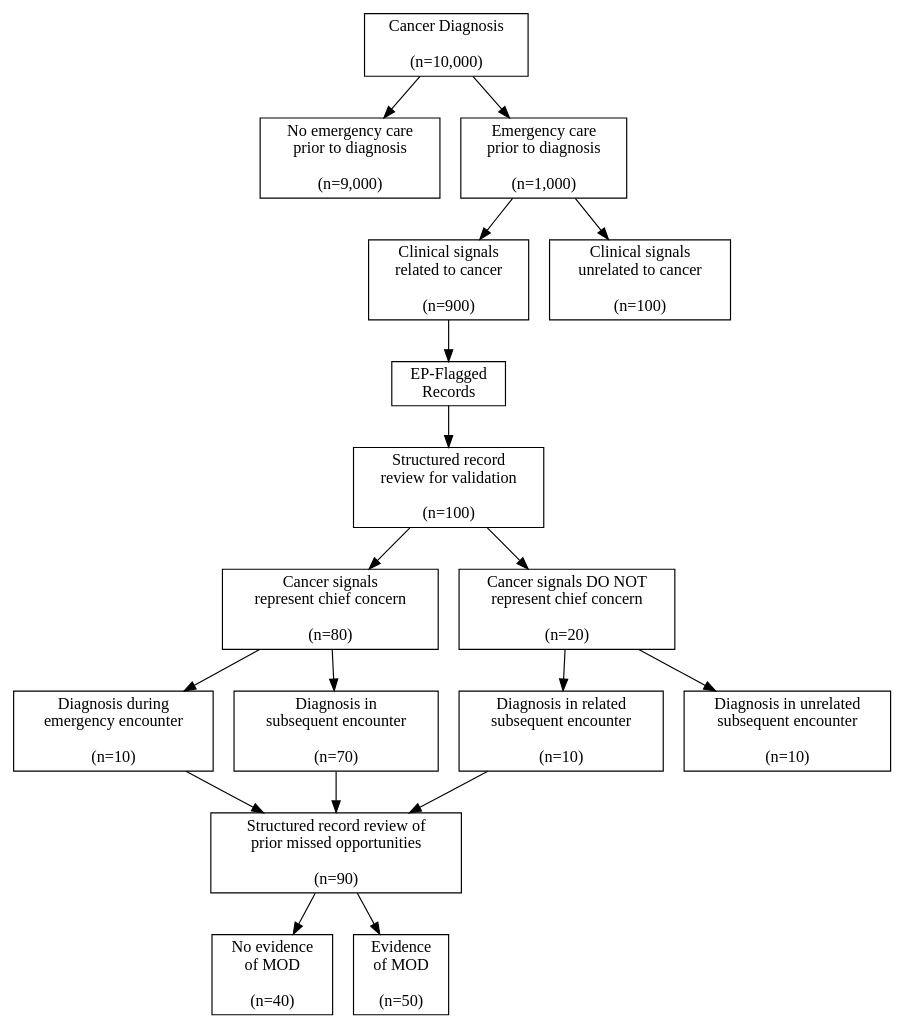
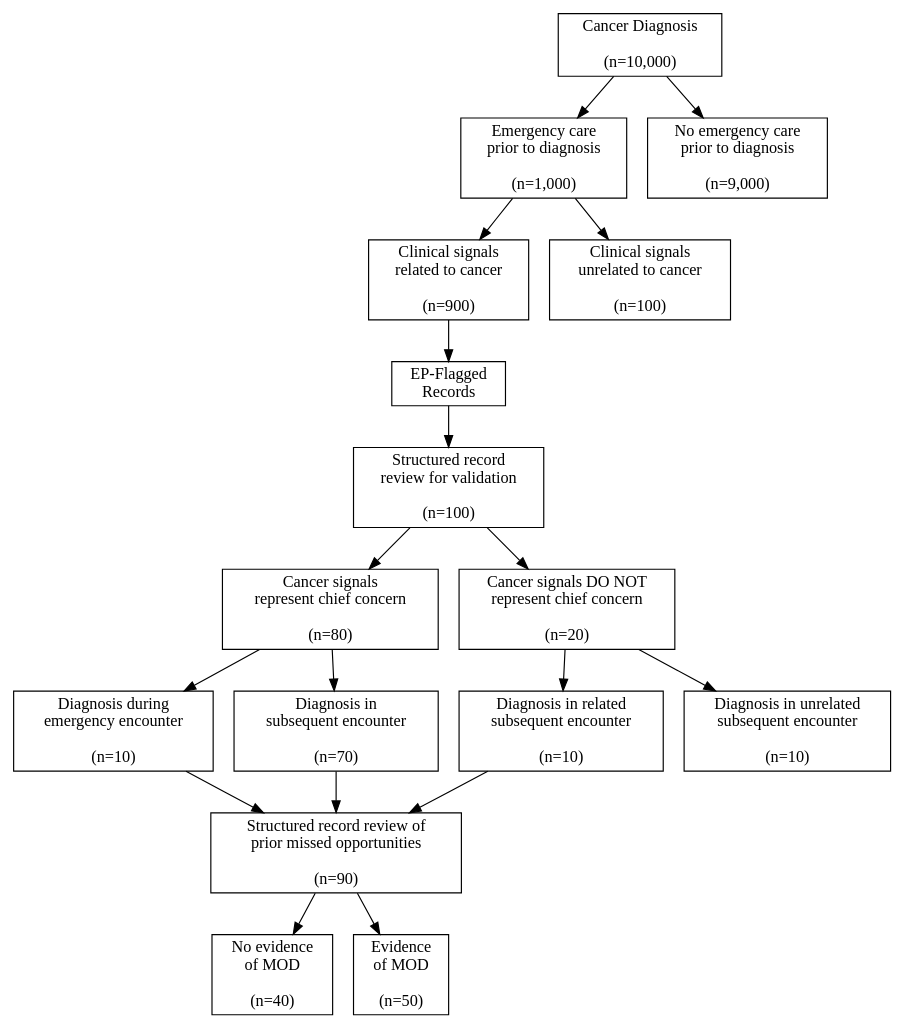
Before and after one commit to zimolzak/MooreMeasures: the diagram in consort.dot, drawn with Graphviz. The commit also changed other lines of this file, not shown here.

```diff
--- a/consort.dot
+++ b/consort.dot
@@ -1,48 +1,48 @@
 digraph{
 
 # Nodes
 
 cancer_dx[shape=rectangle, label="Cancer Diagnosis\n\n(n=10,000)"]
+emerg[shape=rectangle, label="Emergency care\nprior to diagnosis\n\n(n=1,000)"]
 no_emerg[shape=rectangle, label="No emergency care\nprior to diagnosis\n\n(n=9,000)"]
-emerg[shape=rectangle, label="Emergency care\nprior to diagnosis\n\n(n=1,000)"]
 signals_related[shape=rectangle, label="Clinical signals\nrelated to cancer\n\n(n=900)"]
 signals_unrelated[shape=rectangle, label="Clinical signals\nunrelated to cancer\n\n(n=100)"]
 
 Flagged[shape=rectangle, label="EP-Flagged\nRecords"]
 review_sample[shape=rectangle, label="Structured record\nreview for validation\n\n(n=100)"]
 chief_concern[shape=rectangle, label="Cancer signals\nrepresent chief concern\n\n(n=80)"]
 not_chief[shape=rectangle, label="Cancer signals DO NOT\nrepresent chief concern\n\n(n=20)"]
 
 dx_during_type1[shape=rectangle, label="Diagnosis during\nemergency encounter\n\n(n=10)"]
 dx_later_type2[shape=rectangle, label="Diagnosis in\nsubsequent encounter\n\n(n=70)"]
 dx_related_type3_incidental[shape=rectangle, label="Diagnosis in related\nsubsequent encounter\n\n(n=10)"]
 dx_unrelated_nonEP_FP[shape=rectangle, label="Diagnosis in unrelated\nsubsequent encounter\n\n(n=10)"]
 
 MOD_review[shape=rectangle, label="Structured record review of\nprior missed opportunities\n\n(n=90)"]
 no_MOD[shape=rectangle, label="No evidence\nof MOD\n\n(n=40)"]
 yes_MOD[shape=rectangle, label="Evidence\nof MOD\n\n(n=50)"]
 
 # Edges
 
+cancer_dx -> emerg
 cancer_dx -> no_emerg
-cancer_dx -> emerg
 emerg -> signals_unrelated
 emerg -> signals_related
 signals_related -> Flagged
 
 Flagged -> review_sample
 review_sample -> chief_concern
 review_sample -> not_chief
 chief_concern -> dx_during_type1
 chief_concern -> dx_later_type2
 not_chief -> dx_related_type3_incidental
 not_chief -> dx_unrelated_nonEP_FP
 
 dx_during_type1 -> MOD_review
 dx_later_type2 -> MOD_review
 dx_related_type3_incidental -> MOD_review
 
 MOD_review -> yes_MOD
 MOD_review -> no_MOD
 
 }
```
